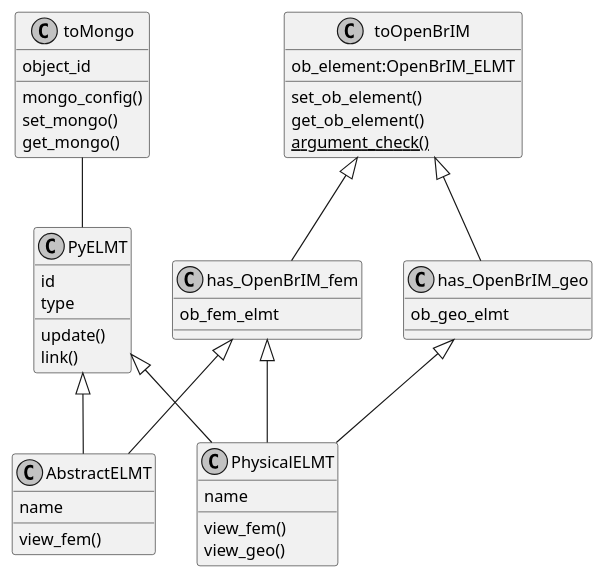
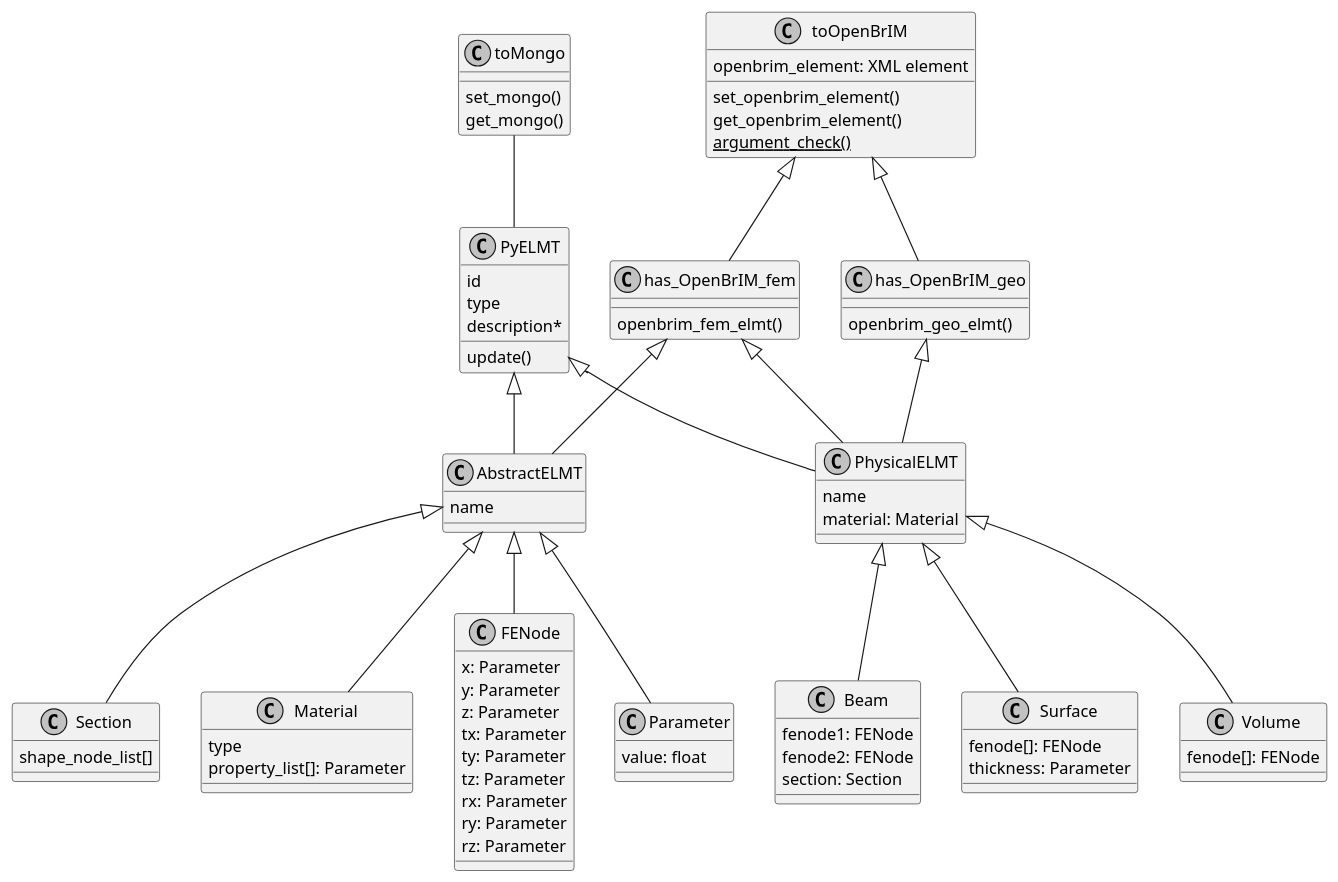
One commit to YidongQIN/PyBMS_BrIM changed the diagram in Notes & Diagrams/BMS_BrIM_class.puml. Above: the diagram before and after it, drawn with PlantUML. The commit also changed 1 other file, not shown here.

Commit message:
diagrams

```diff
--- a/Notes & Diagrams/BMS_BrIM_class.puml
+++ b/Notes & Diagrams/BMS_BrIM_class.puml
@@ -1,109 +1,123 @@
 @startuml
 
 top to bottom direction
 ' left to right direction
 
 skinparam shadowing false
 skinparam monochrome true
 
 skinparam class {
 
     ' BackgroundColor White
     ' ArrowColor Black
     ' BorderColor Black
 }
 
 class toMongo{
-    object_id
-    mongo_config()
     set_mongo()
     get_mongo()
 }
 
-toMongo -- PyELMT
-
-
 class PyELMT{
     id
     type
+    description*
     update()
-    link()
 }
 
 class AbstractELMT{
     name
-    view_fem()
 }
 
 class PhysicalELMT{
     name
-    view_fem()
-    view_geo()
-
+    material: Material
 }
 
 ' hide PhysicalELMT circle
 
 class toOpenBrIM{
-    ob_element:OpenBrIM_ELMT
-    set_ob_element()
-    get_ob_element()
+    openbrim_element: XML element
+    set_openbrim_element()
+    get_openbrim_element()
     {static} argument_check()
 }
 
 class has_OpenBrIM_fem{
-    ob_fem_elmt
+    openbrim_fem_elmt()
 }
 
 class has_OpenBrIM_geo{
-    ob_geo_elmt
+    openbrim_geo_elmt()
 }
-
-'together {
-'    class PyELMT
-'    class AbstractELMT
-'    class PhysicalELMT
-'    class toMongo
-'    class toOpenBrIM
-'}
 
 PyELMT <|-- AbstractELMT
 PyELMT <|-- PhysicalELMT
 has_OpenBrIM_fem <|-- AbstractELMT
 has_OpenBrIM_fem <|-- PhysicalELMT
 has_OpenBrIM_geo <|-- PhysicalELMT
 
 toOpenBrIM <|-- has_OpenBrIM_fem
 toOpenBrIM <|-- has_OpenBrIM_geo
+toMongo -- PyELMT
 
-' class Project
+' class Project{}
 ' class Group
-' class Parameter
-' class Shape
-' class Section
-' class Material
-' class FENode
+class Parameter{
+    value: float
+}
+' class Shape{
+'     node_list[]
+' }
+class Section{
+    shape_node_list[]
+}
+class Material{
+    type
+    property_list[]: Parameter
+}
+class FENode{
+    x: Parameter
+    y: Parameter
+    z: Parameter
+    tx: Parameter
+    ty: Parameter
+    tz: Parameter
+    rx: Parameter
+    ry: Parameter
+    rz: Parameter
+}
 
 
 ' AbstractELMT <|-- Project
 ' AbstractELMT <|-- Group
-' AbstractELMT <|-- Parameter
+AbstractELMT <|-- Parameter
+AbstractELMT <|-- Section
+AbstractELMT <|-- Material
+AbstractELMT <|-- FENode
 ' AbstractELMT <|-- Shape
-' AbstractELMT <|-- Section
-' AbstractELMT <|-- Material
-' AbstractELMT <|-- FENode
 ' Shape -- Section
 
-' class Beam
-' class Surface
+class Beam{
+    fenode1: FENode
+    fenode2: FENode
+    section: Section
+    ' material: Material'
+}
+class Surface{
+    fenode[]: FENode
+    thickness: Parameter
+}
 ' class Bolted_Plate
-' class Volume
+class Volume{
+    fenode[]: FENode
+}
 ' class Sensor
 
-' PhysicalELMT <|-- Beam
-' PhysicalELMT <|-- Surface
+PhysicalELMT <|-- Beam
+PhysicalELMT <|-- Surface
 ' Surface <|-- Bolted_Plate
-' PhysicalELMT <|-- Volume
+PhysicalELMT <|-- Volume
 ' PhysicalELMT <|-- Sensor
 
 @enduml
```
